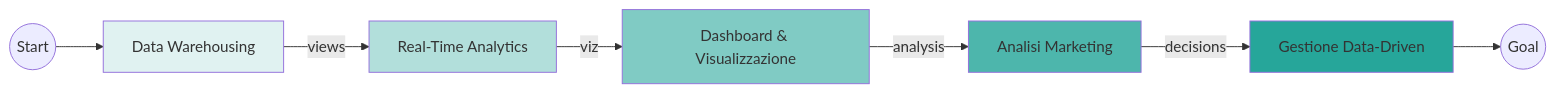
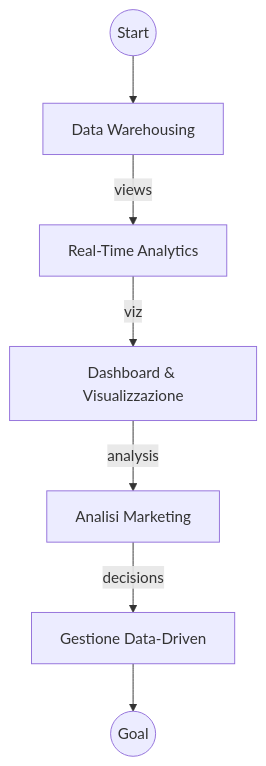
One commit to AndreyBertasini/gynnitech changed the sixth of 6 diagrams in src/content/corso/panoramica/mappe-concettuali.mdx. Above: the diagram before and after it, drawn with Mermaid. The commit also changed other lines of this file and 110 other files, not shown here.

First line of the commit message:
chore(content): optimize mermaid diagrams for mobile and dark theme

````diff
--- a/src/content/corso/panoramica/mappe-concettuali.mdx
+++ b/src/content/corso/panoramica/mappe-concettuali.mdx
@@ -208,15 +190,10 @@
 ```mermaid
-flowchart LR
+flowchart TD
     START((Start)) --> A[Data Warehousing]
     A -->|views| B[Real-Time Analytics]
     B -->|viz| C[Dashboard & Visualizzazione]
     C -->|analysis| D[Analisi Marketing]
     D -->|decisions| E[Gestione Data-Driven]
     E --> END((Goal))
 
-    style A fill:#e0f2f1
-    style B fill:#b2dfdb
-    style C fill:#80cbc4
-    style D fill:#4db6ac
-    style E fill:#26a69a
 ```
````
